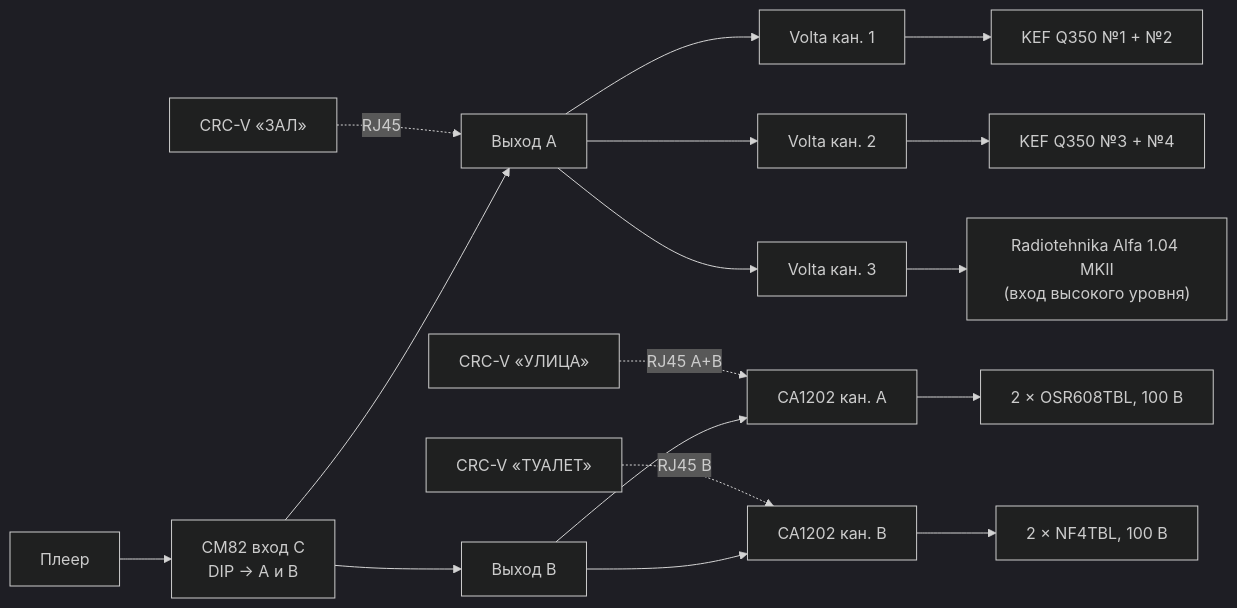
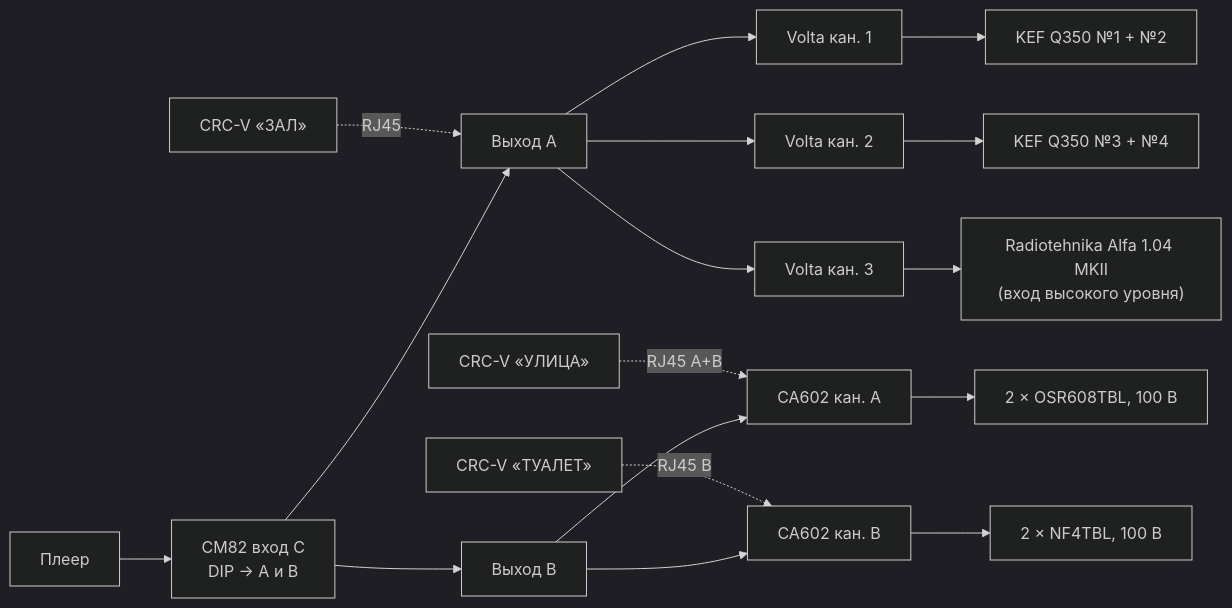
The diagram in sound/A-kef-volta-sub/README.md (olegoviccc/teplica), drawn with Mermaid (dark theme) before and after one commit. The commit also changed other lines of this file and 8 other files, not shown here.

````diff
--- a/sound/A-kef-volta-sub/README.md
+++ b/sound/A-kef-volta-sub/README.md
@@ -46,14 +46,14 @@
 ```mermaid
 flowchart LR
     PL["Плеер"] --> C["CM82 вход C<br/>DIP → A и B"]
     C --> OA["Выход A"]
     C --> OB["Выход B"]
     OA --> V1["Volta кан. 1"] --> P1["KEF Q350 №1 + №2"]
     OA --> V2["Volta кан. 2"] --> P2["KEF Q350 №3 + №4"]
     OA --> V3["Volta кан. 3"] --> SUB["Radiotehnika Alfa 1.04 MKII<br/>(вход высокого уровня)"]
-    OB --> CA["CA1202 кан. A"] --> ST["2 × OSR608TBL, 100 В"]
-    OB --> CB["CA1202 кан. B"] --> WC["2 × NF4TBL, 100 В"]
+    OB --> CA["CA602 кан. A"] --> ST["2 × OSR608TBL, 100 В"]
+    OB --> CB["CA602 кан. B"] --> WC["2 × NF4TBL, 100 В"]
     RZ["CRC-V «ЗАЛ»"] -. RJ45 .-> OA
     RS["CRC-V «УЛИЦА»"] -. "RJ45 A+B" .-> CA
     RT["CRC-V «ТУАЛЕТ»"] -. "RJ45 B" .-> CB
 ```
````
